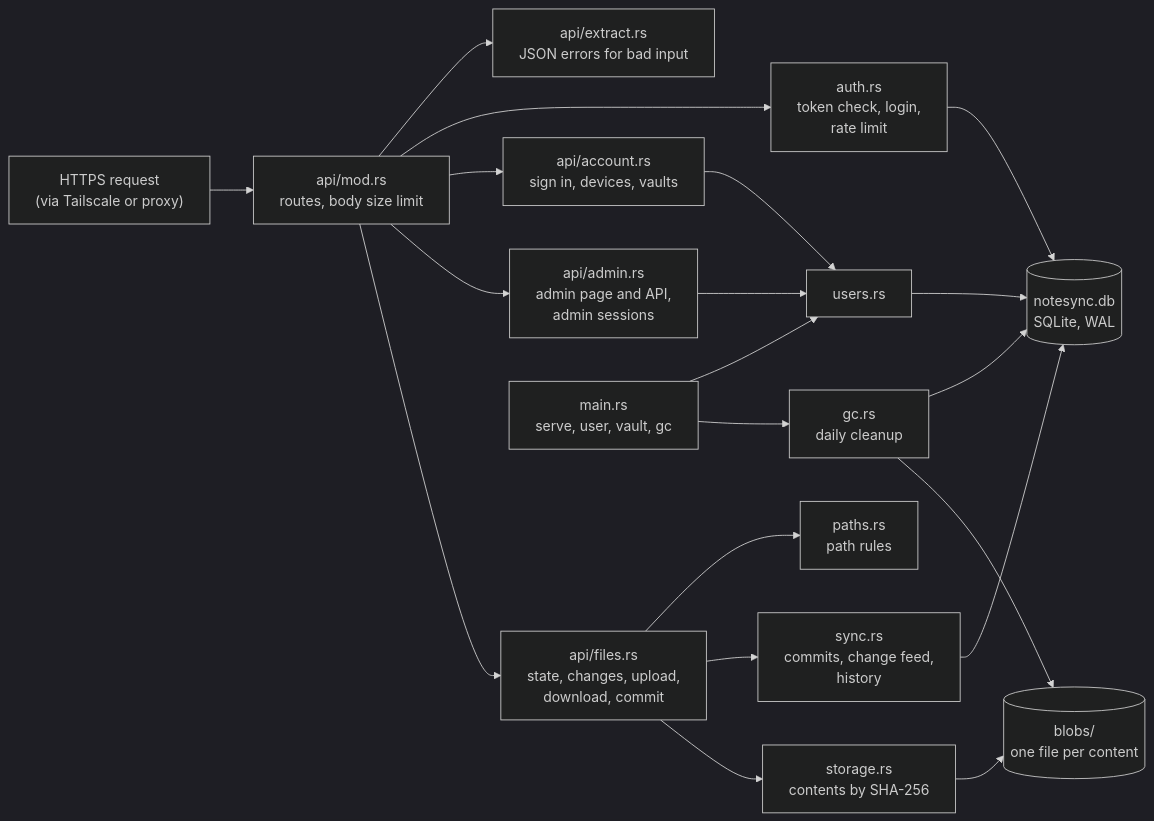
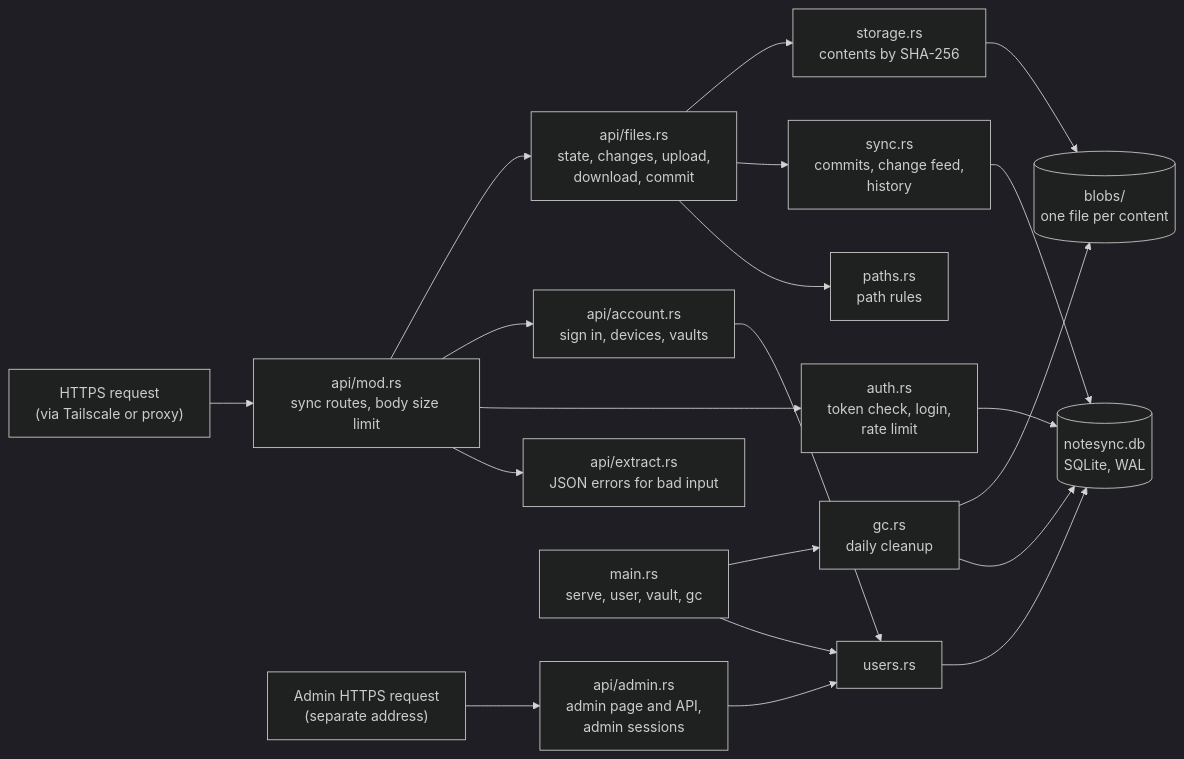
The third of 5 diagrams in docs/design.md (jorel13/notesync), drawn with Mermaid (dark theme) before and after one commit. The commit also changed other lines of this file and 20 other files, not shown here.

First line of the commit message:
Release 0.4.0: admin page on its own port, user deletion

````diff
--- a/docs/design.md
+++ b/docs/design.md
@@ -235,22 +238,22 @@
 ```mermaid
 flowchart LR
-  REQ["HTTPS request<br/>(via Tailscale or proxy)"] --> ROUTER["api/mod.rs<br/>routes, body size limit"]
+  REQ["HTTPS request<br/>(via Tailscale or proxy)"] --> ROUTER["api/mod.rs<br/>sync routes, body size limit"]
+  AREQ["Admin HTTPS request<br/>(separate address)"] --> ADMIN
   ROUTER --> EXTRACT["api/extract.rs<br/>JSON errors for bad input"]
   ROUTER --> AUTH["auth.rs<br/>token check, login,<br/>rate limit"]
   ROUTER --> ACCOUNT["api/account.rs<br/>sign in, devices, vaults"]
-  ROUTER --> ADMIN["api/admin.rs<br/>admin page and API,<br/>admin sessions"]
-  ADMIN --> USERS
+  ADMIN["api/admin.rs<br/>admin page and API,<br/>admin sessions"] --> USERS
   ROUTER --> FILES["api/files.rs<br/>state, changes, upload,<br/>download, commit"]
   FILES --> PATHS["paths.rs<br/>path rules"]
   FILES --> SYNC["sync.rs<br/>commits, change feed,<br/>history"]
   FILES --> STORAGE["storage.rs<br/>contents by SHA-256"]
   ACCOUNT --> USERS["users.rs"]
   AUTH --> DB
   SYNC --> DB[("notesync.db<br/>SQLite, WAL")]
   USERS --> DB
   STORAGE --> BLOBS[("blobs/<br/>one file per content")]
   CLI["main.rs<br/>serve, user, vault, gc"] --> USERS
   CLI --> GC["gc.rs<br/>daily cleanup"]
   GC --> DB
   GC --> BLOBS
 ```
````
